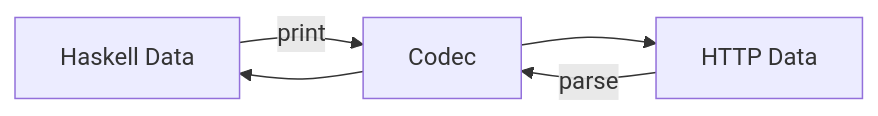
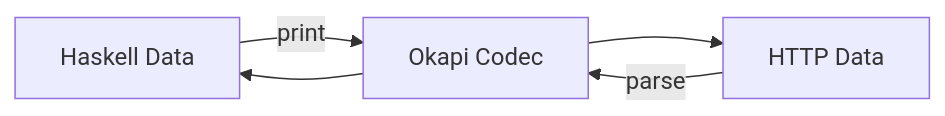
Before and after one commit to monadicsystems/okapi: the third of 3 diagrams in posts/new-method-for-defining-http-apis.md, drawn with Mermaid. The commit also changed other lines of this file and 15 other files, not shown here.

````diff
--- a/posts/new-method-for-defining-http-apis.md
+++ b/posts/new-method-for-defining-http-apis.md
@@ -105,9 +85,9 @@
 ```mermaid
 graph LR
   H["Haskell Data"]
-  C["Codec"]
+  C["Okapi Codec"]
   W["HTTP Data"]
 
   W -- "parse" --> C --> H
   H -- "print" --> C --> W
 ```
````
